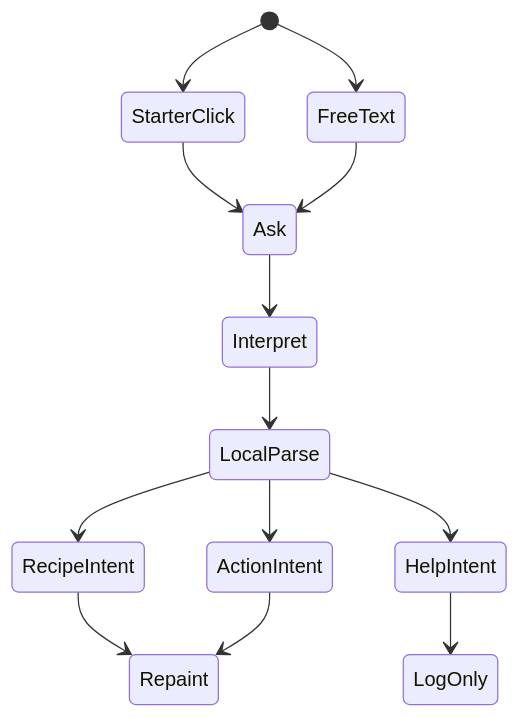
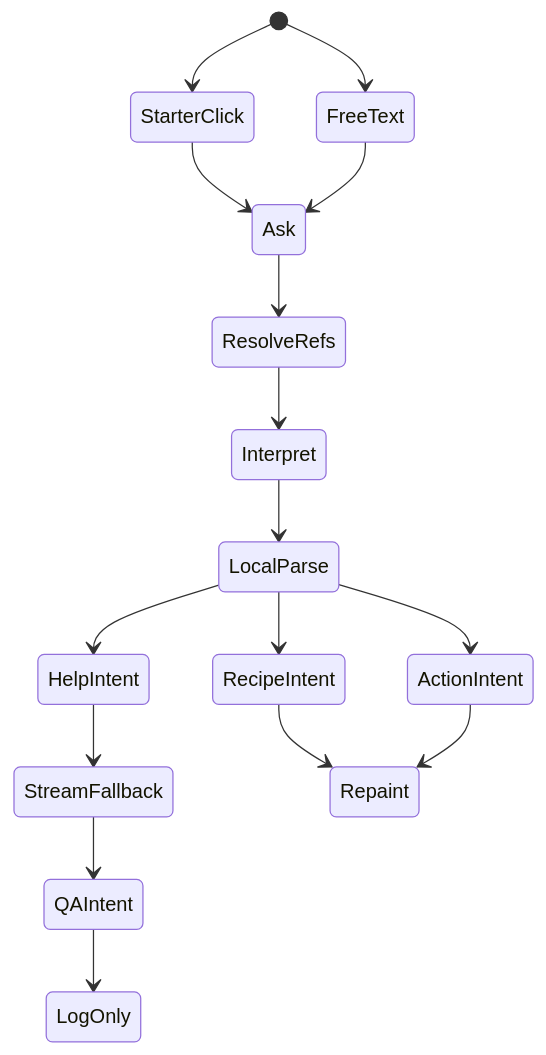
The sixth of 11 diagrams in V1_LLD.md (ninebar-ai/GIS), drawn with Mermaid before and after one commit. The commit also changed other lines of this file and 3 other files, not shown here.

````diff
--- a/V1_LLD.md
+++ b/V1_LLD.md
@@ -155,15 +166,18 @@
 ```mermaid
 stateDiagram-v2
   [*] --> StarterClick
   [*] --> FreeText
   StarterClick --> Ask
   FreeText --> Ask
-  Ask --> Interpret
+  Ask --> ResolveRefs
+  ResolveRefs --> Interpret
   Interpret --> LocalParse
   LocalParse --> RecipeIntent
   LocalParse --> ActionIntent
   LocalParse --> HelpIntent
+  HelpIntent --> StreamFallback
+  StreamFallback --> QAIntent
   RecipeIntent --> Repaint
   ActionIntent --> Repaint
-  HelpIntent --> LogOnly
+  QAIntent --> LogOnly
 ```
````
